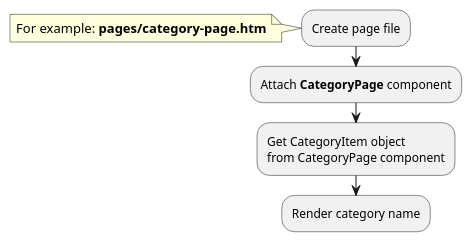
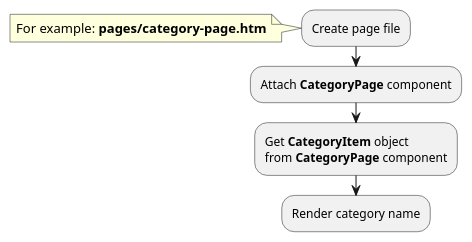
The first of 3 diagrams in modules/category/examples.md (oc-shopaholic/oc-shopaholic-docs), drawn with PlantUML before and after one commit. The commit also changed other lines of this file and 4 other files, not shown here.

````diff
--- a/modules/category/examples.md
+++ b/modules/category/examples.md
@@ -20,12 +20,12 @@
 ```plantuml
 @startuml
 :Create page file;
 note left
     For example: **pages/category-page.htm**
 end note
 :Attach **CategoryPage** component;
-:Get CategoryItem object
-from CategoryPage component;
+:Get **CategoryItem** object
+from **CategoryPage** component;
 :Render category name;
 @enduml
 ```
````
